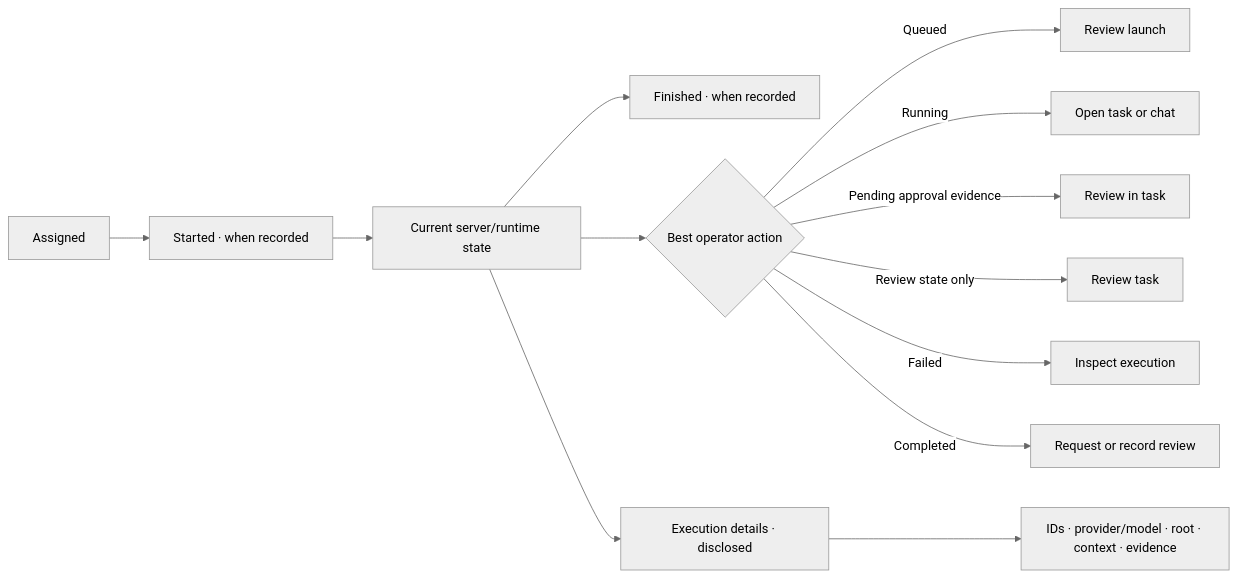
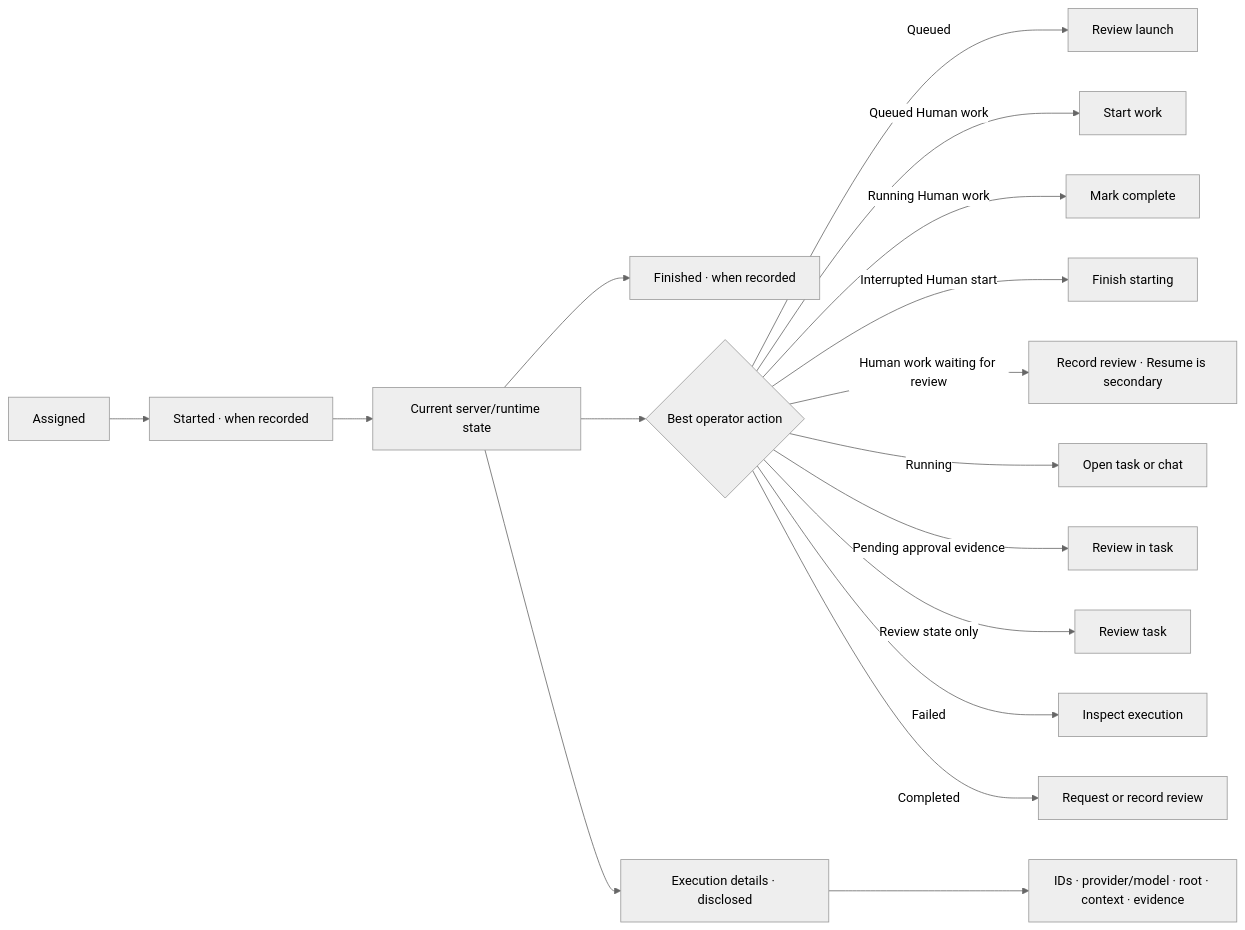
One commit to hecatehq/hecate changed the third of 3 diagrams in docs/design/proposals/projects-cockpit-ux.md. Above: the diagram before and after it, drawn with Mermaid (neutral theme). The commit also changed other lines of this file and 71 other files, not shown here.

````diff
--- a/docs/design/proposals/projects-cockpit-ux.md
+++ b/docs/design/proposals/projects-cockpit-ux.md
@@ -119,15 +129,19 @@
 ```mermaid
 flowchart LR
   Q["Assigned"] --> S["Started · when recorded"]
   S --> C["Current server/runtime state"]
   C --> F["Finished · when recorded"]
   C --> A{"Best operator action"}
   A -->|"Queued"| L["Review launch"]
+  A -->|"Queued Human work"| H["Start work"]
+  A -->|"Running Human work"| HC["Mark complete"]
+  A -->|"Interrupted Human start"| HI["Finish starting"]
+  A -->|"Human work waiting for review"| HR["Record review · Resume is secondary"]
   A -->|"Running"| T["Open task or chat"]
   A -->|"Pending approval evidence"| P["Review in task"]
   A -->|"Review state only"| U["Review task"]
   A -->|"Failed"| I["Inspect execution"]
   A -->|"Completed"| R["Request or record review"]
   C --> D["Execution details · disclosed"]
   D --> E["IDs · provider/model · root · context · evidence"]
 ```
````
